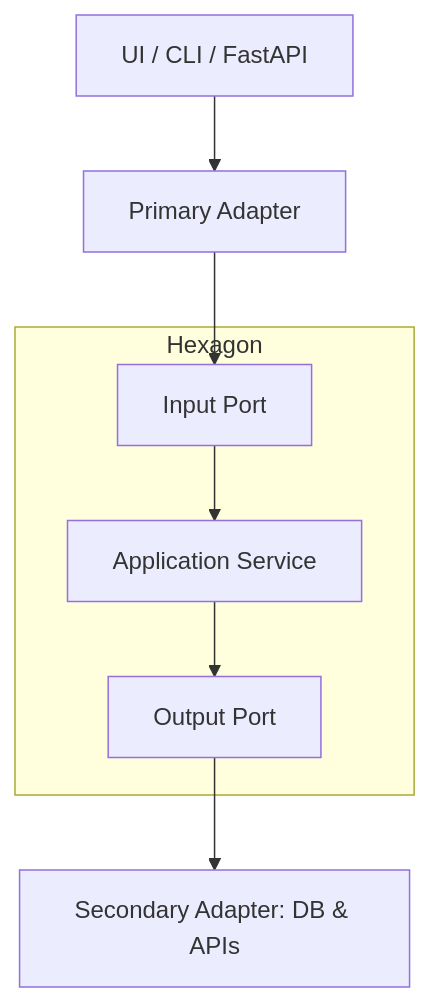
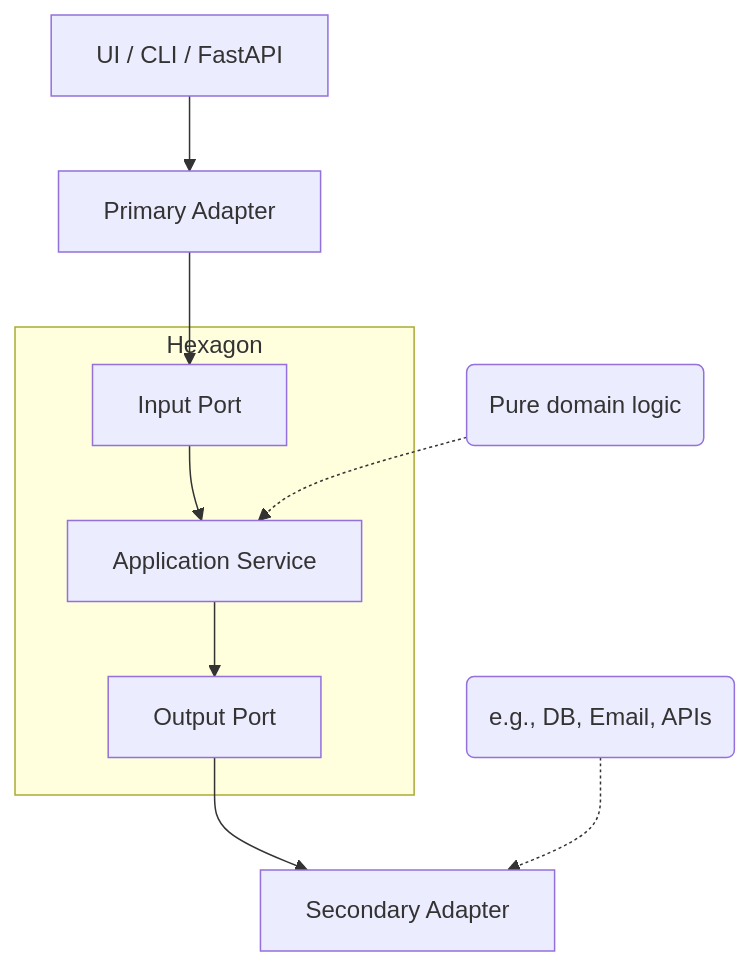
The diagram in software_architecture/hexagonal/README.md (jkvdev/python), drawn with Mermaid before and after one commit.

Commit message:
add comments to the graph

````diff
--- a/software_architecture/hexagonal/README.md
+++ b/software_architecture/hexagonal/README.md
@@ -33,14 +33,16 @@
 ```mermaid
     flowchart TD
         A[UI / CLI / FastAPI] --> B[Primary Adapter]
         B --> C[Input Port]
         C --> D[Application Service]
         D --> E[Output Port]
-        E --> F[Secondary Adapter: DB & APIs]
+        E --> F[Secondary Adapter]
+        G(Pure domain logic) -.-> D
+        H(e.g., DB, Email, APIs) -.-> F
 
         subgraph Hexagon
             C
             D
             E
         end
 ```
````
